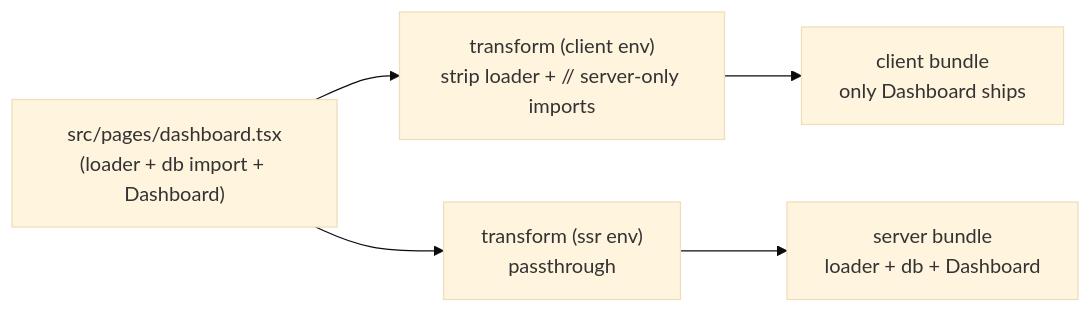
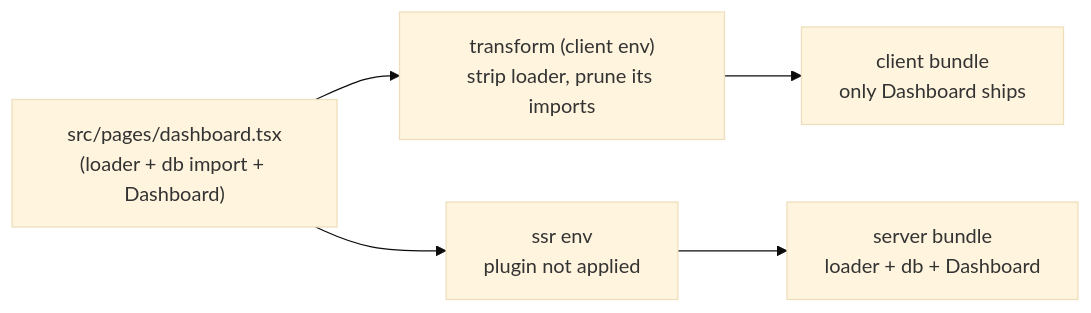
Before and after one commit to adamhake/eigen: the diagram in apps/tutorial/src/content/07-transform-hook.mdx, drawn with Mermaid (base theme). The commit also changed other lines of this file and 42 other files, not shown here.

````diff
--- a/apps/tutorial/src/content/07-transform-hook.mdx
+++ b/apps/tutorial/src/content/07-transform-hook.mdx
@@ -50,8 +55,8 @@
 ```mermaid
 flowchart LR
     SRC["src/pages/dashboard.tsx<br/>(loader + db import + Dashboard)"]
-    SRC --> CT["transform (client env)<br/>strip loader + // server-only imports"]
-    SRC --> ST["transform (ssr env)<br/>passthrough"]
+    SRC --> CT["transform (client env)<br/>strip loader, prune its imports"]
+    SRC --> ST["ssr env<br/>plugin not applied"]
     CT --> CB["client bundle<br/>only Dashboard ships"]
     ST --> SB["server bundle<br/>loader + db + Dashboard"]
 ```
````
